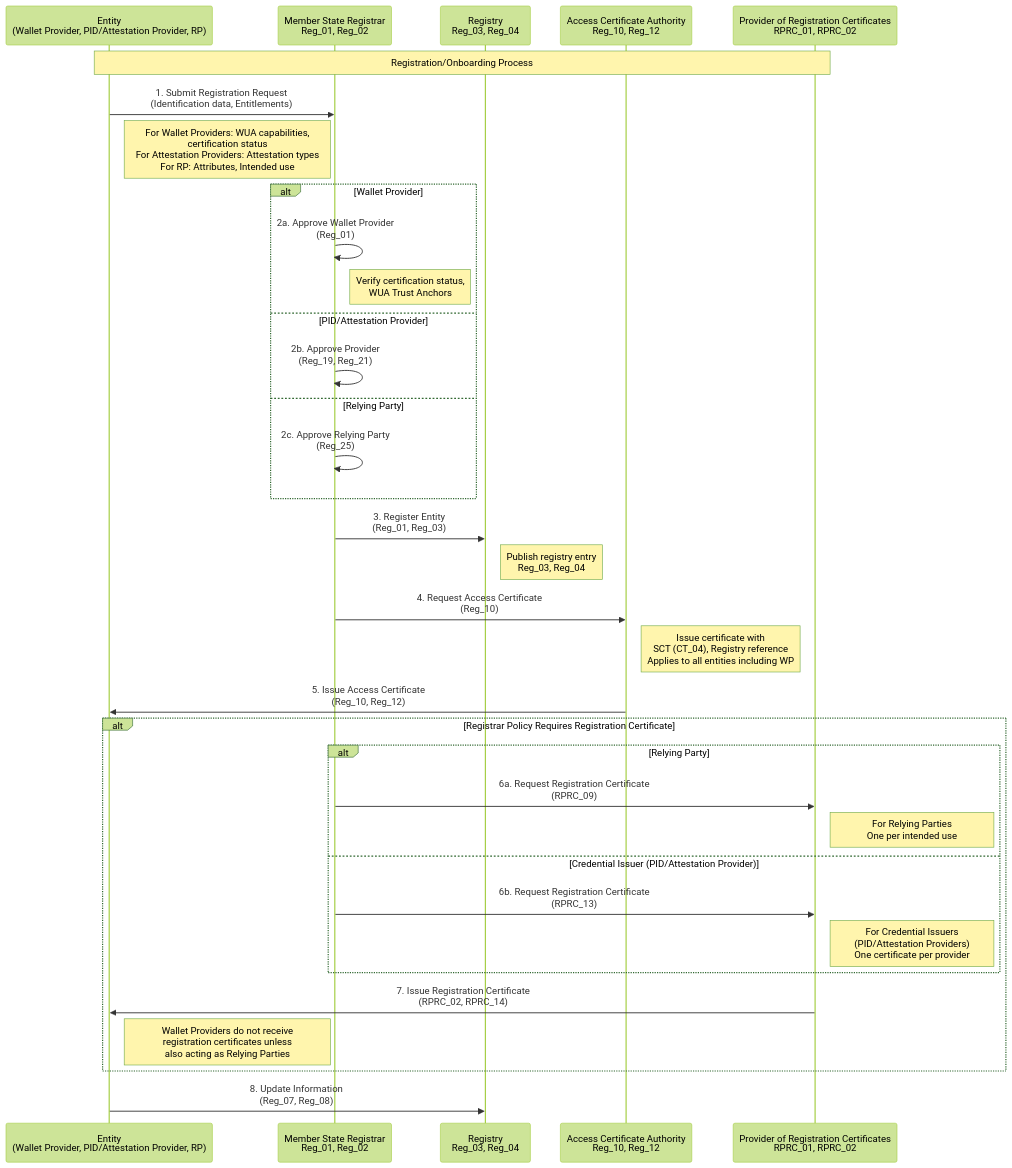
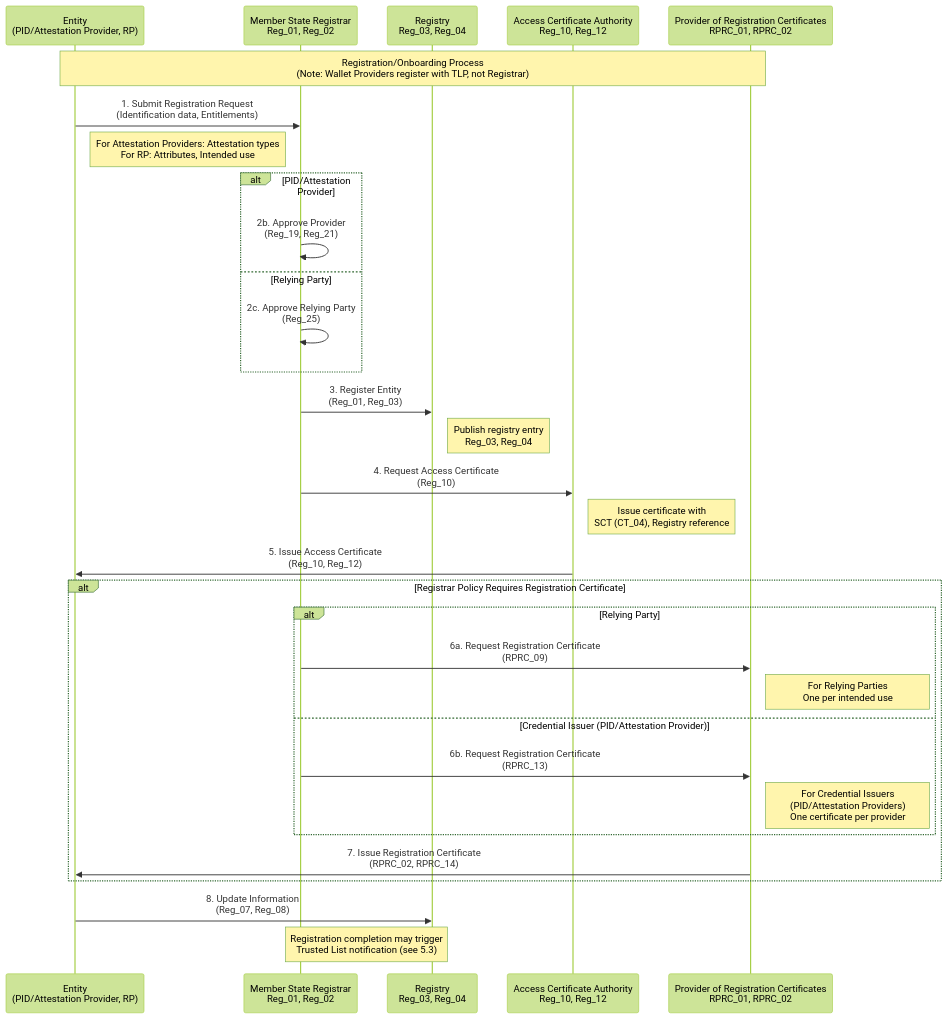
The second of 7 diagrams in task2-trust-framework/trust-infrastructure-schema.md (webuild-consortium/wp4-trust-group), drawn with Mermaid (forest theme) before and after one commit. The commit also changed other lines of this file, not shown here.

Commit message:
fix: trust infra several updates and disambiguation according to ARF 2.7.3

````diff
--- a/task2-trust-framework/trust-infrastructure-schema.md
+++ b/task2-trust-framework/trust-infrastructure-schema.md
@@ -230,45 +275,43 @@
 ```mermaid
 sequenceDiagram
-    participant Entity as Entity<br/>(Wallet Provider, PID/Attestation Provider, RP)
+    participant Entity as Entity<br/>(PID/Attestation Provider, RP)
     participant Registrar as Member State Registrar<br/>Reg_01, Reg_02
     participant Registry as Registry<br/>Reg_03, Reg_04
     participant AccessCA as Access Certificate Authority<br/>Reg_10, Reg_12
     participant RegCertProv as Provider of Registration Certificates<br/>RPRC_01, RPRC_02
 
-    Note over Entity,RegCertProv: Registration/Onboarding Process
+    Note over Entity,RegCertProv: Registration/Onboarding Process<br/>(Note: Wallet Providers register with TLP, not Registrar)
 
     Entity->>Registrar: 1. Submit Registration Request<br/>(Identification data, Entitlements)
-    Note right of Entity: For Wallet Providers: WUA capabilities,<br/>certification status<br/>For Attestation Providers: Attestation types<br/>For RP: Attributes, Intended use
+    Note right of Entity: For Attestation Providers: Attestation types<br/>For RP: Attributes, Intended use
 
-    alt Wallet Provider
-        Registrar->>Registrar: 2a. Approve Wallet Provider<br/>(Reg_01)
-        Note right of Registrar: Verify certification status,<br/>WUA Trust Anchors
-    else PID/Attestation Provider
+    alt PID/Attestation Provider
         Registrar->>Registrar: 2b. Approve Provider<br/>(Reg_19, Reg_21)
     else Relying Party
         Registrar->>Registrar: 2c. Approve Relying Party<br/>(Reg_25)
     end
 
     Registrar->>Registry: 3. Register Entity<br/>(Reg_01, Reg_03)
     Note right of Registry: Publish registry entry<br/>Reg_03, Reg_04
 
     Registrar->>AccessCA: 4. Request Access Certificate<br/>(Reg_10)
-    Note right of AccessCA: Issue certificate with<br/>SCT (CT_04), Registry reference<br/>Applies to all entities including WP
+    Note right of AccessCA: Issue certificate with<br/>SCT (CT_04), Registry reference
 
     AccessCA->>Entity: 5. Issue Access Certificate<br/>(Reg_10, Reg_12)
 
     alt Registrar Policy Requires Registration Certificate
         alt Relying Party
             Registrar->>RegCertProv: 6a. Request Registration Certificate<br/>(RPRC_09)
             Note right of RegCertProv: For Relying Parties<br/>One per intended use
         else Credential Issuer (PID/Attestation Provider)
             Registrar->>RegCertProv: 6b. Request Registration Certificate<br/>(RPRC_13)
             Note right of RegCertProv: For Credential Issuers<br/>(PID/Attestation Providers)<br/>One certificate per provider
         end
 
         RegCertProv->>Entity: 7. Issue Registration Certificate<br/>(RPRC_02, RPRC_14)
-        Note right of Entity: Wallet Providers do not receive<br/>registration certificates unless<br/>also acting as Relying Parties
     end
 
     Entity->>Registry: 8. Update Information<br/>(Reg_07, Reg_08)
+    
+    Note over Registrar,Registry: Registration completion may trigger<br/>Trusted List notification (see 5.3)
 ```
````
